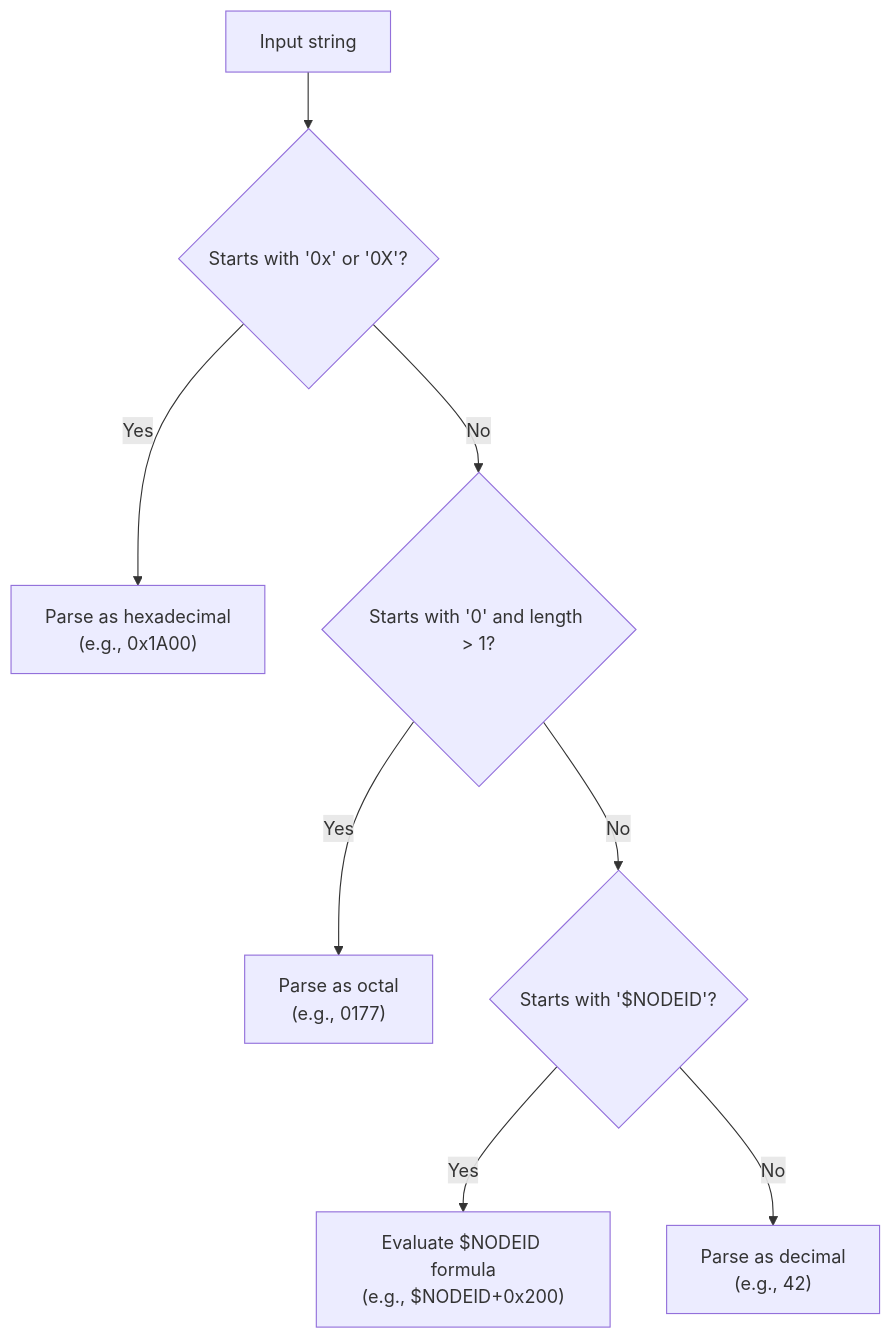
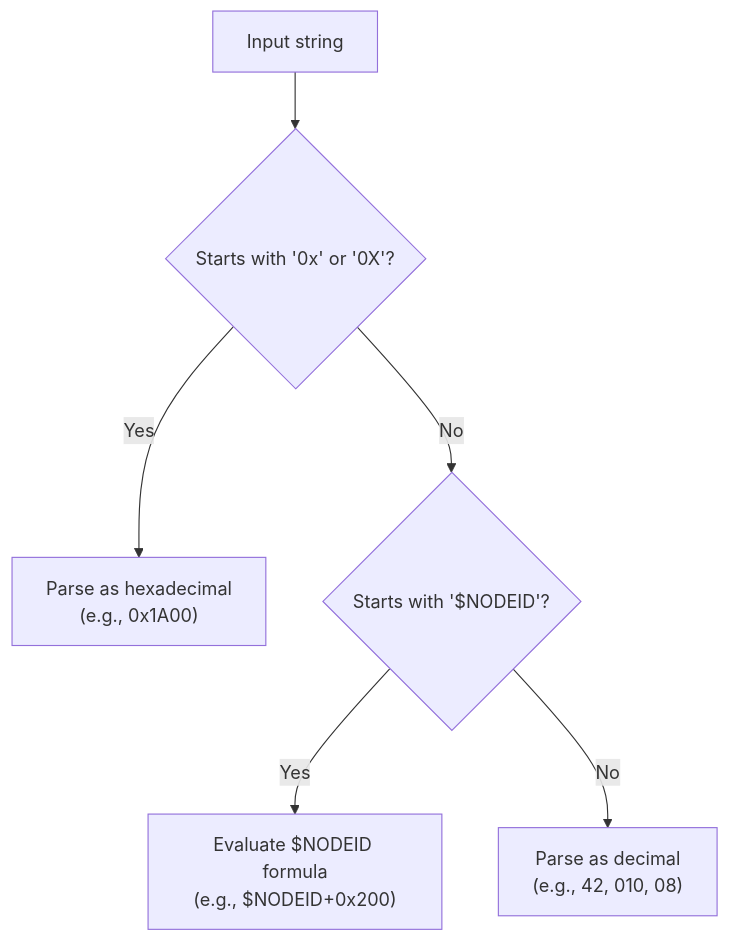
Before and after one commit to dborgards/eds-dcf-net: the second of 5 diagrams in docs/architecture/08-crosscutting-concepts.md, drawn with Mermaid. The commit also changed other lines of this file and 9 other files, not shown here.

````diff
--- a/docs/architecture/08-crosscutting-concepts.md
+++ b/docs/architecture/08-crosscutting-concepts.md
@@ -83,10 +83,8 @@
 ```mermaid
 flowchart TD
     A["Input string"] --> B{"Starts with '0x' or '0X'?"}
     B -->|Yes| C["Parse as hexadecimal<br/>(e.g., 0x1A00)"]
-    B -->|No| D{"Starts with '0' and length > 1?"}
-    D -->|Yes| E["Parse as octal<br/>(e.g., 0177)"]
-    D -->|No| F{"Starts with '$NODEID'?"}
+    B -->|No| F{"Starts with '$NODEID'?"}
     F -->|Yes| G["Evaluate $NODEID formula<br/>(e.g., $NODEID+0x200)"]
-    F -->|No| H["Parse as decimal<br/>(e.g., 42)"]
+    F -->|No| H["Parse as decimal<br/>(e.g., 42, 010, 08)"]
 ```
````
